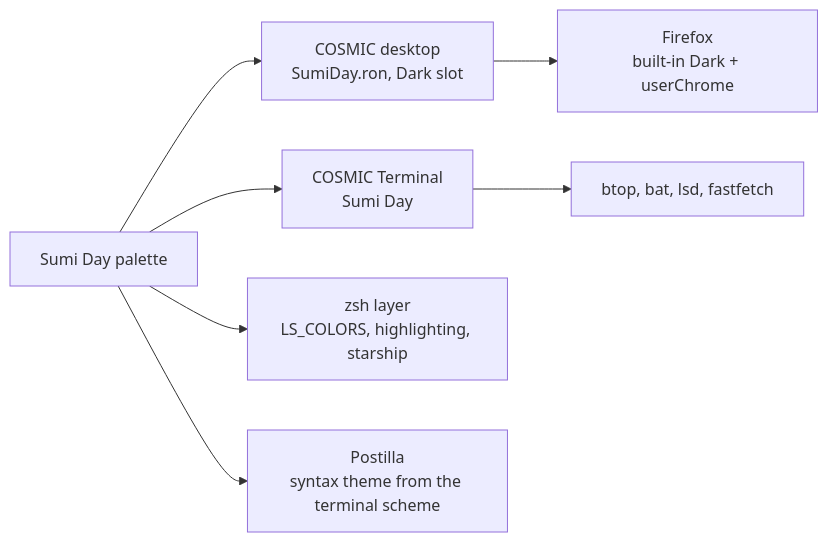
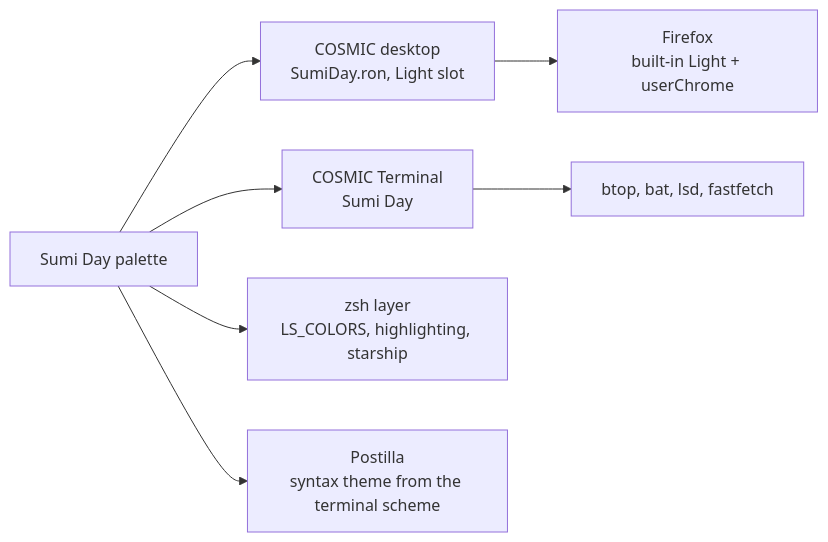
One commit to atraxsrc/cosmic-sumiday-theme changed the diagram in docs/showcase.md. Above: the diagram before and after it, drawn with Mermaid. The commit also changed 35 other files, not shown here.

Commit message:
light half: Light slot wording, syntax_theme_light, Dark cursor in the text colour, swatch URLs

````diff
--- a/docs/showcase.md
+++ b/docs/showcase.md
@@ -29,9 +29,9 @@
 ```mermaid
 flowchart LR
-    P[Sumi Day palette] --> D[COSMIC desktop<br/>SumiDay.ron, Dark slot]
+    P[Sumi Day palette] --> D[COSMIC desktop<br/>SumiDay.ron, Light slot]
     P --> T[COSMIC Terminal<br/>Sumi Day]
     P --> S[zsh layer<br/>LS_COLORS, highlighting, starship]
     P --> E[Postilla<br/>syntax theme from the terminal scheme]
     T --> B[btop, bat, lsd, fastfetch]
-    D --> F[Firefox<br/>built-in Dark + userChrome]
+    D --> F[Firefox<br/>built-in Light + userChrome]
 ```
````
